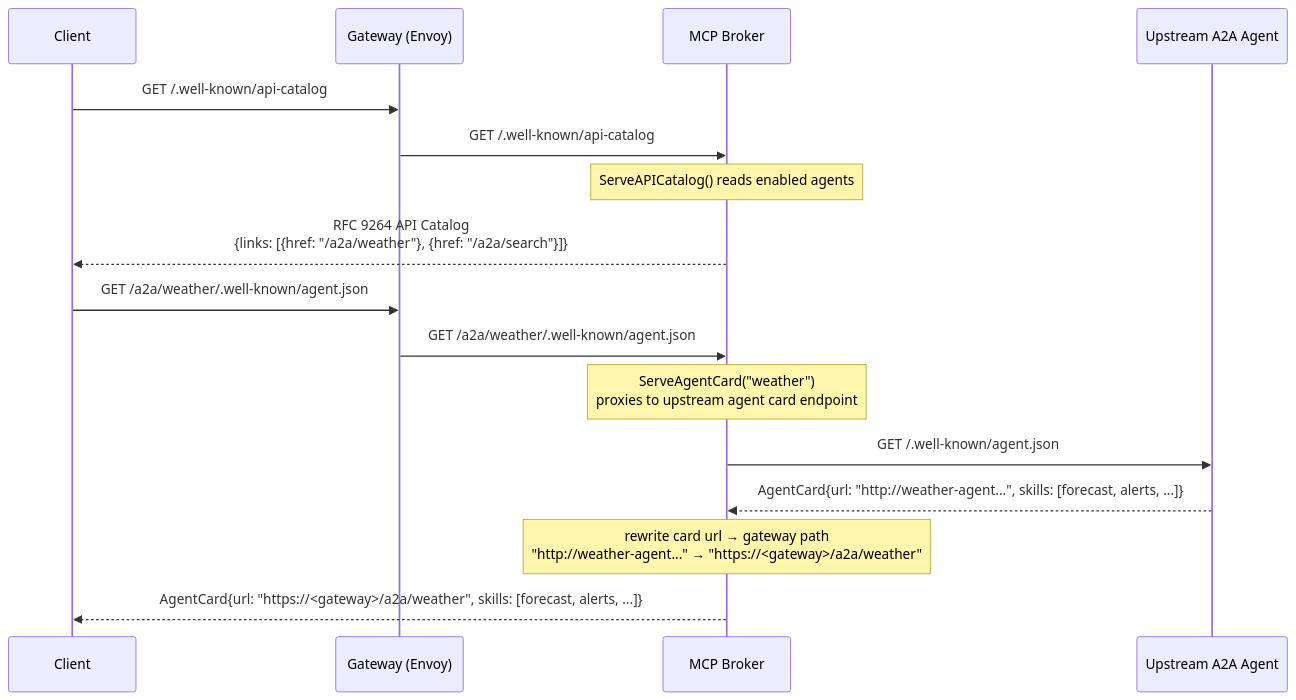
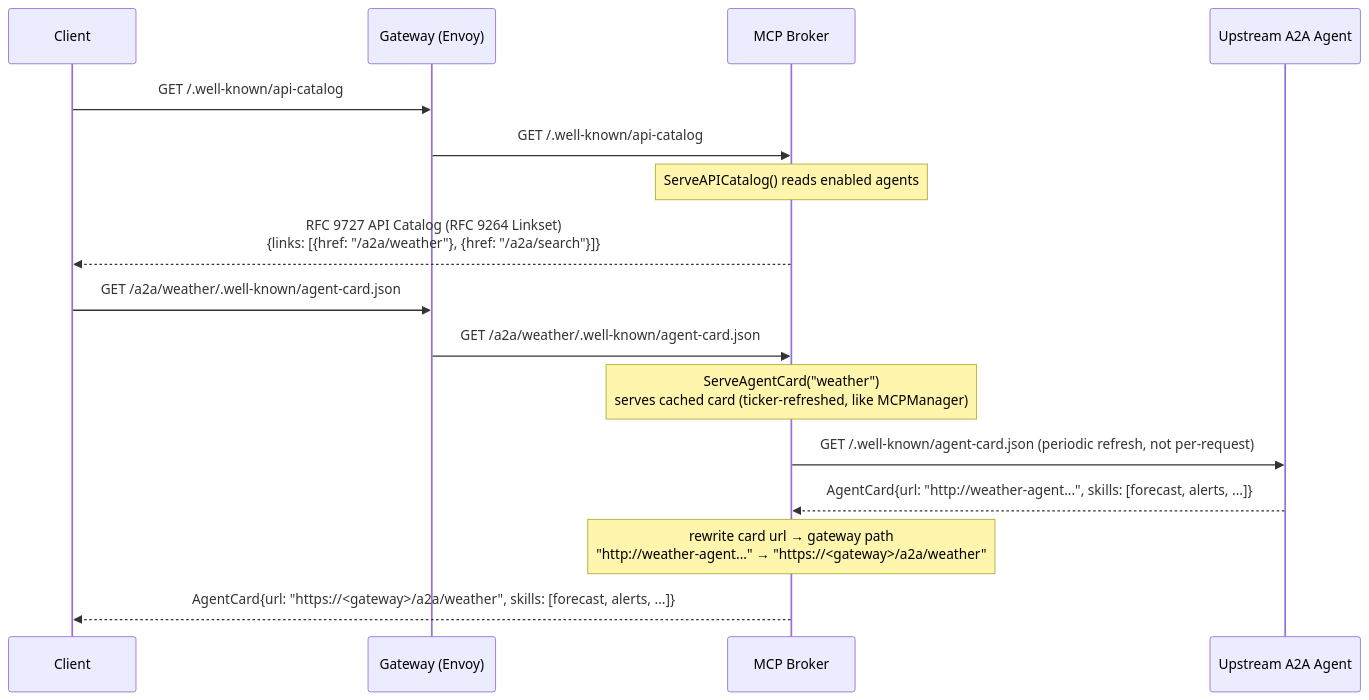
Before and after one commit to Aman-Cool/mcp-gateway: the first of 5 diagrams in docs/design/a2a/a2a-design.md, drawn with Mermaid. The commit also changed other lines of this file and 2 other files, not shown here.

````diff
--- a/docs/design/a2a/a2a-design.md
+++ b/docs/design/a2a/a2a-design.md
@@ -113,19 +122,19 @@
 ```mermaid
 sequenceDiagram
     participant Client
     participant Gateway as Gateway (Envoy)
     participant Broker as MCP Broker
     participant Upstream as Upstream A2A Agent
 
     Client->>Gateway: GET /.well-known/api-catalog
     Gateway->>Broker: GET /.well-known/api-catalog
     Note over Broker: ServeAPICatalog() reads enabled agents
-    Broker-->>Client: RFC 9264 API Catalog<br/>{links: [{href: "/a2a/weather"}, {href: "/a2a/search"}]}
-    Client->>Gateway: GET /a2a/weather/.well-known/agent.json
-    Gateway->>Broker: GET /a2a/weather/.well-known/agent.json
-    Note over Broker: ServeAgentCard("weather")<br/>proxies to upstream agent card endpoint
-    Broker->>Upstream: GET /.well-known/agent.json
+    Broker-->>Client: RFC 9727 API Catalog (RFC 9264 Linkset)<br/>{links: [{href: "/a2a/weather"}, {href: "/a2a/search"}]}
+    Client->>Gateway: GET /a2a/weather/.well-known/agent-card.json
+    Gateway->>Broker: GET /a2a/weather/.well-known/agent-card.json
+    Note over Broker: ServeAgentCard("weather")<br/>serves cached card (ticker-refreshed, like MCPManager)
+    Broker->>Upstream: GET /.well-known/agent-card.json (periodic refresh, not per-request)
     Upstream-->>Broker: AgentCard{url: "http://weather-agent...", skills: [forecast, alerts, ...]}
     Note over Broker: rewrite card url → gateway path<br/>"http://weather-agent..." → "https://<gateway>/a2a/weather"
     Broker-->>Client: AgentCard{url: "https://<gateway>/a2a/weather", skills: [forecast, alerts, ...]}
 ```
````
